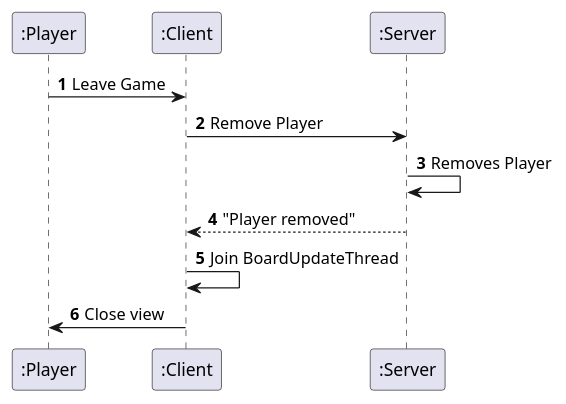
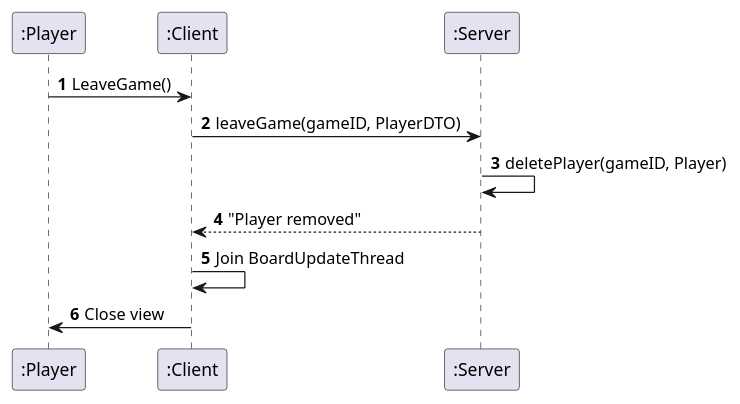
One commit to Gruppe-10-DTU/Roborally3 changed the diagram in src/main/resources/Diagrams/SequenceLeaveGame.puml. Above: the diagram before and after it, drawn with PlantUML. The commit also changed 1 other file, not shown here.

Commit message:
Sequence-diagrams updated.

```diff
--- a/src/main/resources/Diagrams/SequenceLeaveGame.puml
+++ b/src/main/resources/Diagrams/SequenceLeaveGame.puml
@@ -1,17 +1,17 @@
 @startuml
 'https://plantuml.com/sequence-diagram
 Participant ":Player" as Player
 Participant ":Client" as Client
 Participant ":Server" as Server
 
 autonumber
-Player -> Client : Leave Game
-Client -> Server : Remove Player
-Server -> Server : Removes Player
+Player -> Client : LeaveGame()
+Client -> Server : leaveGame(gameID, PlayerDTO)
+Server -> Server : deletePlayer(gameID, Player)
 Server --> Client : "Player removed"
 Client -> Client : Join BoardUpdateThread
 Client -> Player : Close view
 
 
 
 @enduml
```
